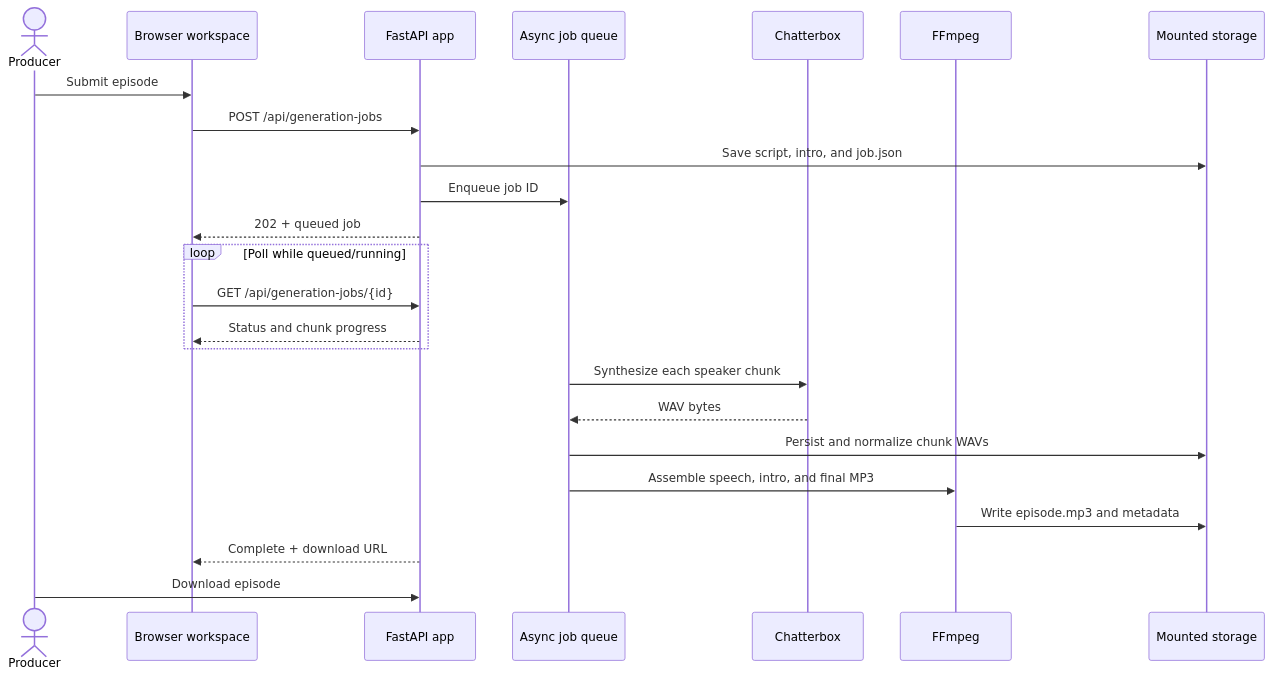
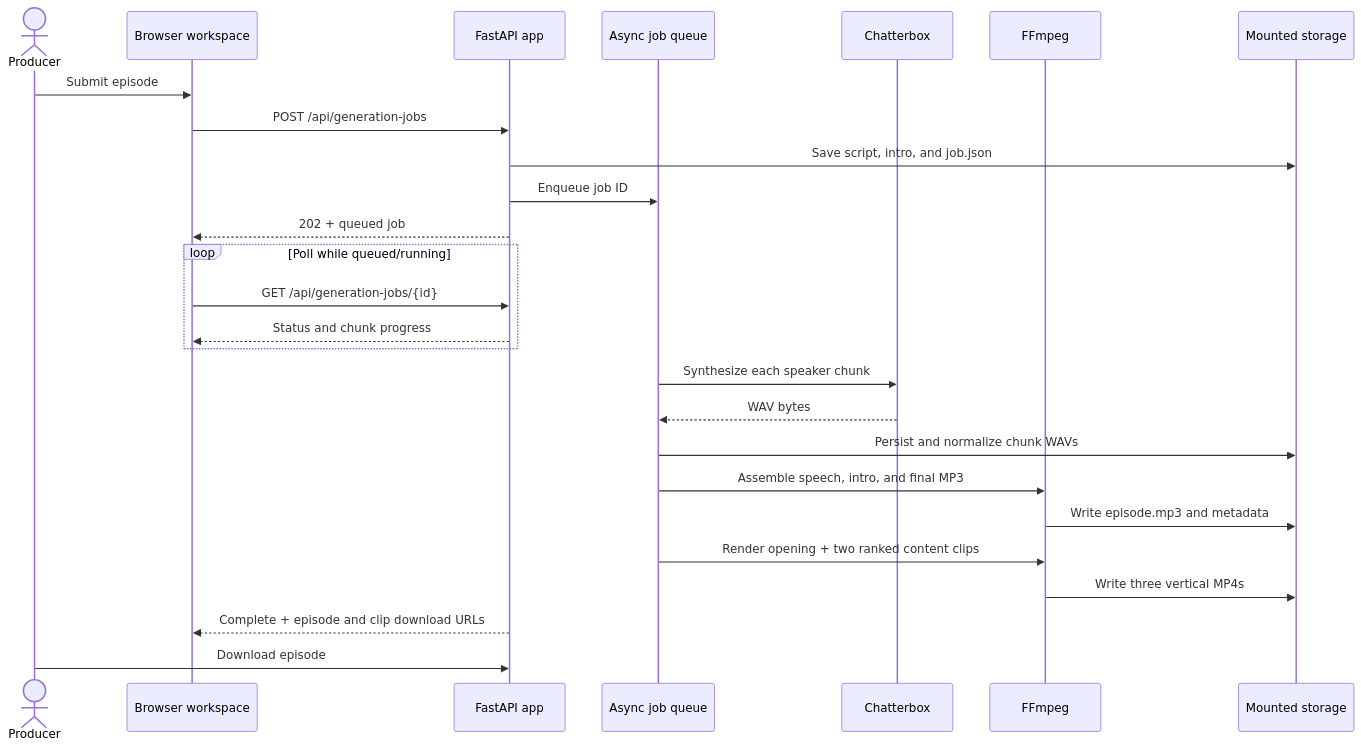
The second of 4 diagrams in docs/application-design-map.md (p8reit/patch-notes-America), drawn with Mermaid before and after one commit. The commit also changed other lines of this file and 4 other files, not shown here.

Commit message:
feat: render social clips after episodes

````diff
--- a/docs/application-design-map.md
+++ b/docs/application-design-map.md
@@ -116,27 +116,29 @@
 ```mermaid
 sequenceDiagram
     actor Producer
     participant UI as Browser workspace
     participant API as FastAPI app
     participant Queue as Async job queue
     participant TTS as Chatterbox
     participant FFmpeg
     participant Disk as Mounted storage
 
     Producer->>UI: Submit episode
     UI->>API: POST /api/generation-jobs
     API->>Disk: Save script, intro, and job.json
     API->>Queue: Enqueue job ID
     API-->>UI: 202 + queued job
     loop Poll while queued/running
         UI->>API: GET /api/generation-jobs/{id}
         API-->>UI: Status and chunk progress
     end
     Queue->>TTS: Synthesize each speaker chunk
     TTS-->>Queue: WAV bytes
     Queue->>Disk: Persist and normalize chunk WAVs
     Queue->>FFmpeg: Assemble speech, intro, and final MP3
     FFmpeg->>Disk: Write episode.mp3 and metadata
-    API-->>UI: Complete + download URL
+    Queue->>FFmpeg: Render opening + two ranked content clips
+    FFmpeg->>Disk: Write three vertical MP4s
+    API-->>UI: Complete + episode and clip download URLs
     Producer->>API: Download episode
 ```
````
